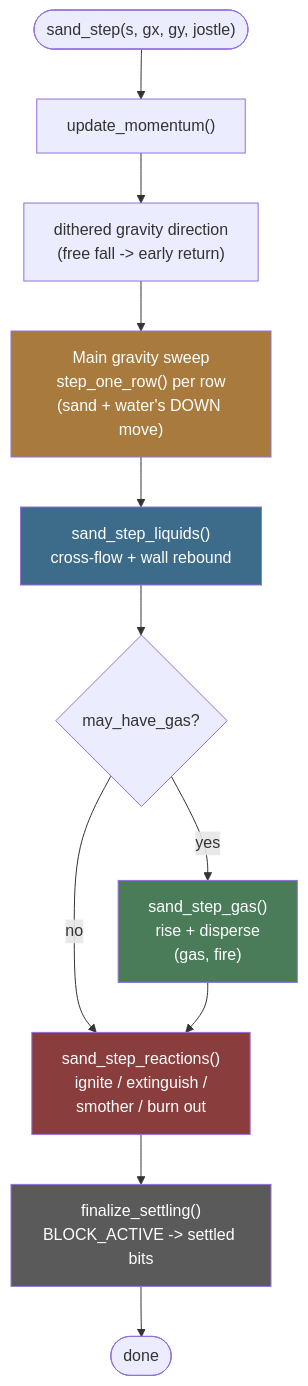
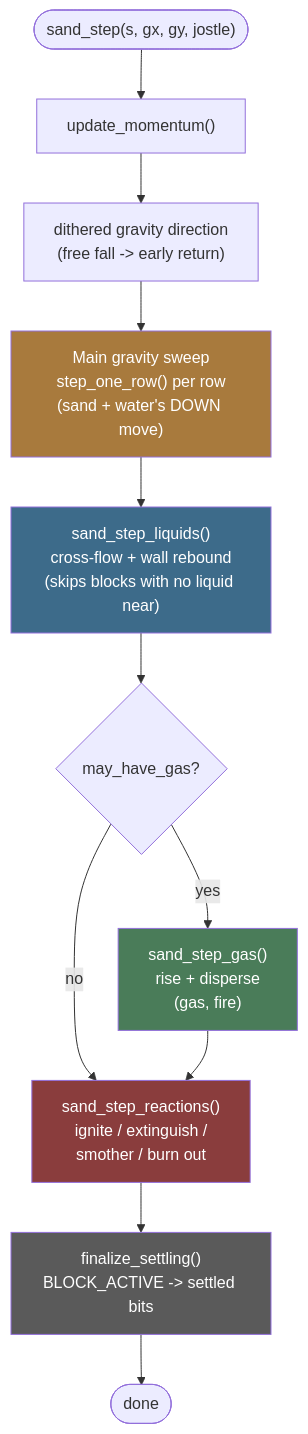
Before and after one commit to jose-villegas/esp32-c6-dev: the second of 4 diagrams in docs/Sand/Architecture.md, drawn with Mermaid. The commit also changed other lines of this file and 2 other files, not shown here.

````diff
--- a/docs/Sand/Architecture.md
+++ b/docs/Sand/Architecture.md
@@ -100,19 +100,19 @@
 ```mermaid
 flowchart TD
     Start(["sand_step(s, gx, gy, jostle)"]) --> Mom["update_momentum()"]
     Mom --> Dith["dithered gravity direction\n(free fall -> early return)"]
     Dith --> Sweep["Main gravity sweep\nstep_one_row() per row\n(sand + water's DOWN move)"]
-    Sweep --> Liq["sand_step_liquids()\ncross-flow + wall rebound"]
+    Sweep --> Liq["sand_step_liquids()\ncross-flow + wall rebound\n(skips blocks with no liquid near)"]
     Liq --> GasCheck{"may_have_gas?"}
     GasCheck -- yes --> Gas["sand_step_gas()\nrise + disperse\n(gas, fire)"]
     GasCheck -- no --> React
     Gas --> React["sand_step_reactions()\nignite / extinguish /\nsmother / burn out"]
     React --> Fin["finalize_settling()\nBLOCK_ACTIVE -> settled bits"]
     Fin --> End(["done"])
 
     style Sweep fill:#a87a3d,color:#fff
     style Liq fill:#3d6b8a,color:#fff
     style Gas fill:#4a7c59,color:#fff
     style React fill:#8a3d3d,color:#fff
     style Fin fill:#5a5a5a,color:#fff
 ```
````
